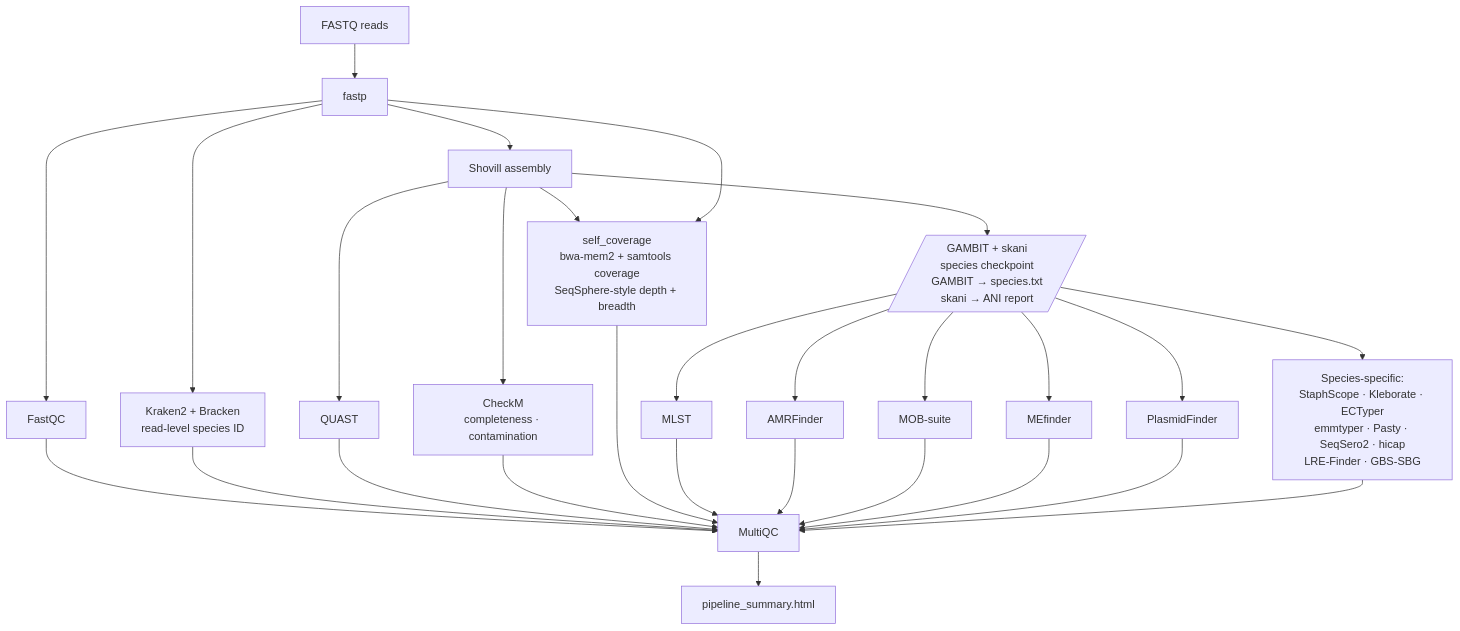
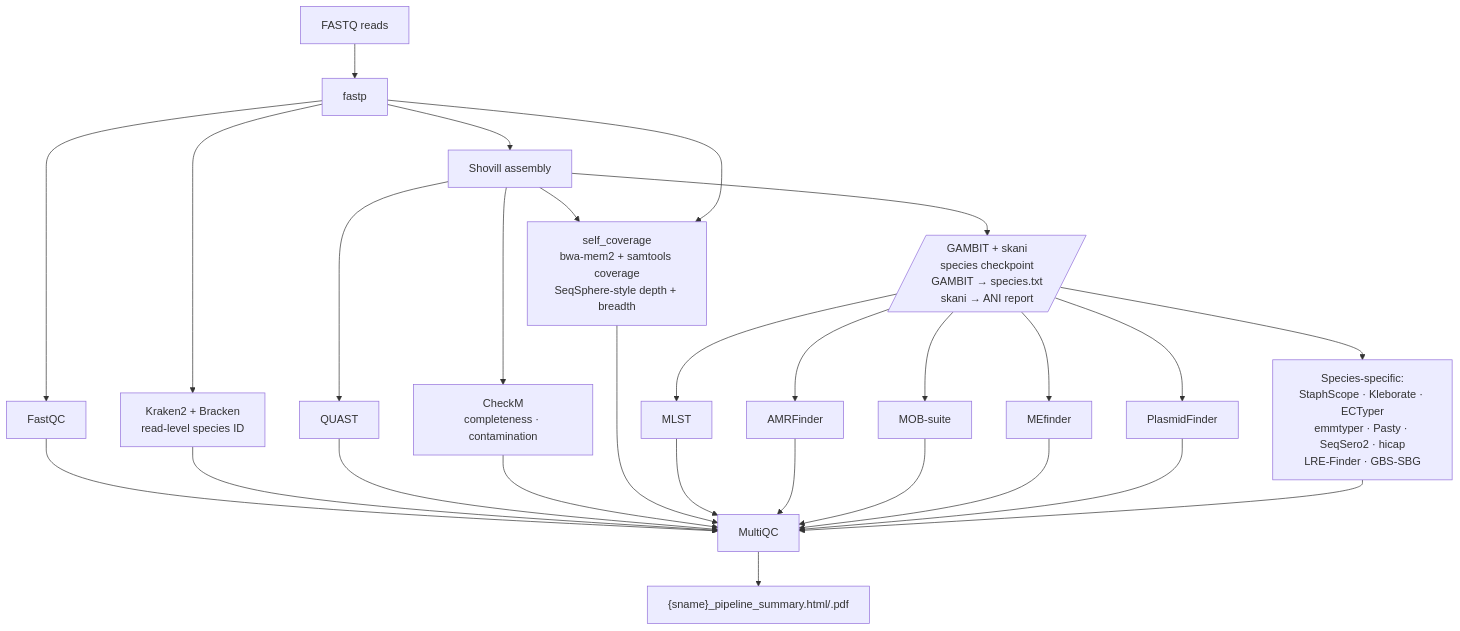
One commit to OddAlexander/Genomics-Workflow changed the first of 4 diagrams in README.md. Above: the diagram before and after it, drawn with Mermaid. The commit also changed other lines of this file and 15 other files, not shown here.

````diff
--- a/README.md
+++ b/README.md
@@ -342,20 +342,20 @@
 ```mermaid
 flowchart TD
     raw[FASTQ reads] --> fastp
     fastp --> fastqc[FastQC]
     fastp --> kraken[Kraken2 + Bracken<br/>read-level species ID]
     fastp --> shovill[Shovill assembly]
     shovill --> quast[QUAST]
     shovill --> checkm[CheckM<br/>completeness · contamination]
     shovill --> selfcov[self_coverage<br/>bwa-mem2 + samtools coverage<br/>SeqSphere-style depth + breadth]
     fastp --> selfcov
     shovill --> id[/GAMBIT + skani<br/>species checkpoint<br/>GAMBIT → species.txt<br/>skani → ANI report/]
     id --> mlst[MLST]
     id --> amr[AMRFinder]
     id --> mob[MOB-suite]
     id --> me[MEfinder]
     id --> plf[PlasmidFinder]
     id --> sp[Species-specific:<br/>StaphScope · Kleborate · ECTyper<br/>emmtyper · Pasty · SeqSero2 · hicap<br/>LRE-Finder · GBS-SBG]
     fastqc & kraken & quast & checkm & selfcov & mlst & amr & mob & me & plf & sp --> multiqc[MultiQC]
-    multiqc --> report[pipeline_summary.html]
+    multiqc --> report["{sname}_pipeline_summary.html/.pdf"]
 ```
````
